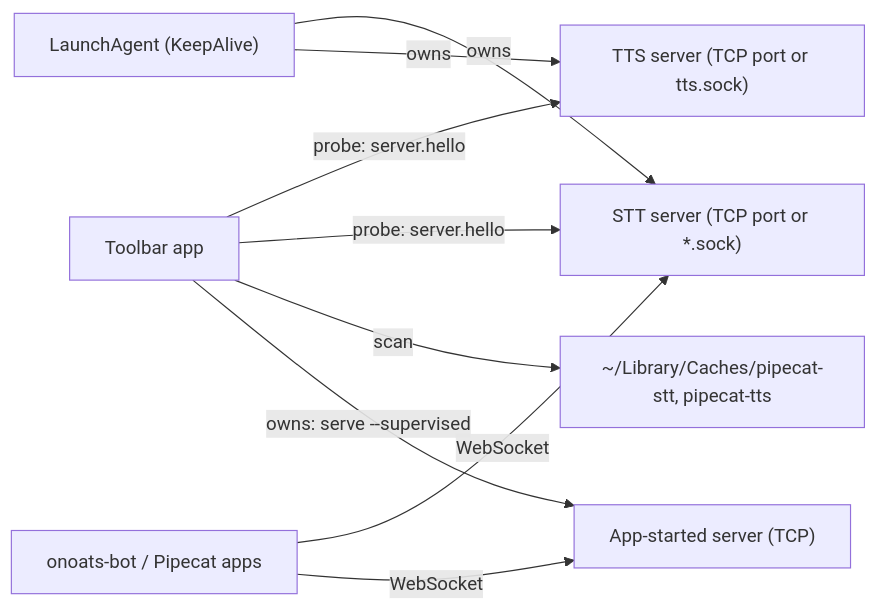
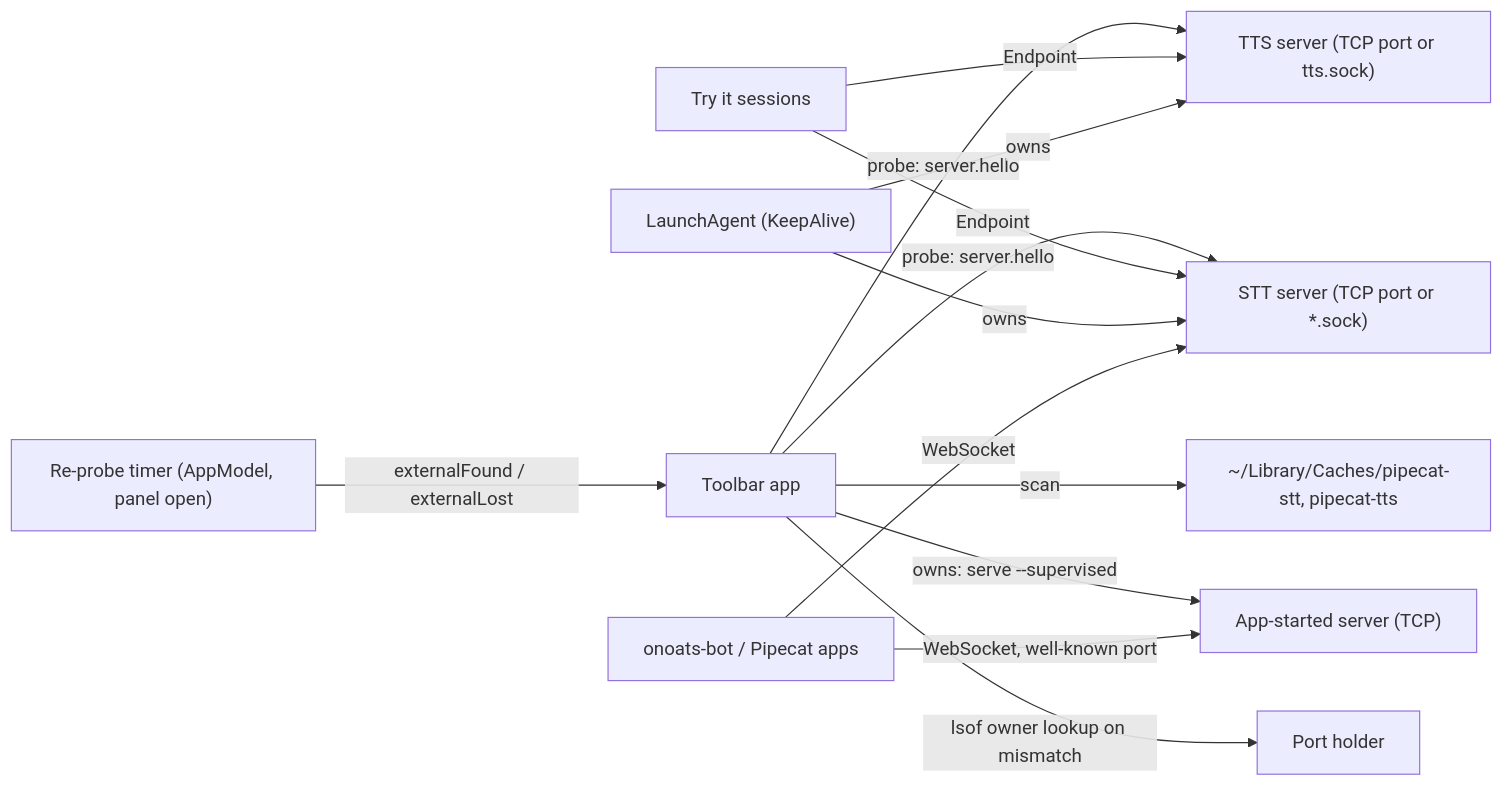
Before and after one commit to vr000m/pipecat-local-tts-server: the first of 2 diagrams in macos/docs/plans/20261025-feature-macos-adopt-external-servers.md, drawn with Mermaid. The commit also changed other lines of this file, not shown here.

Commit message:
docs(macos): apply review-plan findings to the adopt-external-servers plan and mark it reviewed

````diff
--- a/macos/docs/plans/20261025-feature-macos-adopt-external-servers.md
+++ b/macos/docs/plans/20261025-feature-macos-adopt-external-servers.md
@@ -214,11 +268,15 @@
 ```mermaid
 graph LR
     APP["Toolbar app"] -->|"probe: server.hello"| TTS["TTS server (TCP port or tts.sock)"]
     APP -->|"probe: server.hello"| STT["STT server (TCP port or *.sock)"]
     APP -->|"scan"| SOCK["~/Library/Caches/pipecat-stt, pipecat-tts"]
     APP -->|"owns: serve --supervised"| OWN["App-started server (TCP)"]
+    APP -->|"lsof owner lookup on mismatch"| PORT["Port holder"]
+    TIMER["Re-probe timer (AppModel, panel open)"] -->|"externalFound / externalLost"| APP
+    TRY["Try it sessions"] -->|"Endpoint"| TTS
+    TRY -->|"Endpoint"| STT
     LA["LaunchAgent (KeepAlive)"] -->|"owns"| STT
     LA -->|"owns"| TTS
     BOT["onoats-bot / Pipecat apps"] -->|"WebSocket"| STT
-    BOT -->|"WebSocket"| OWN
+    BOT -->|"WebSocket, well-known port"| OWN
 ```
````
